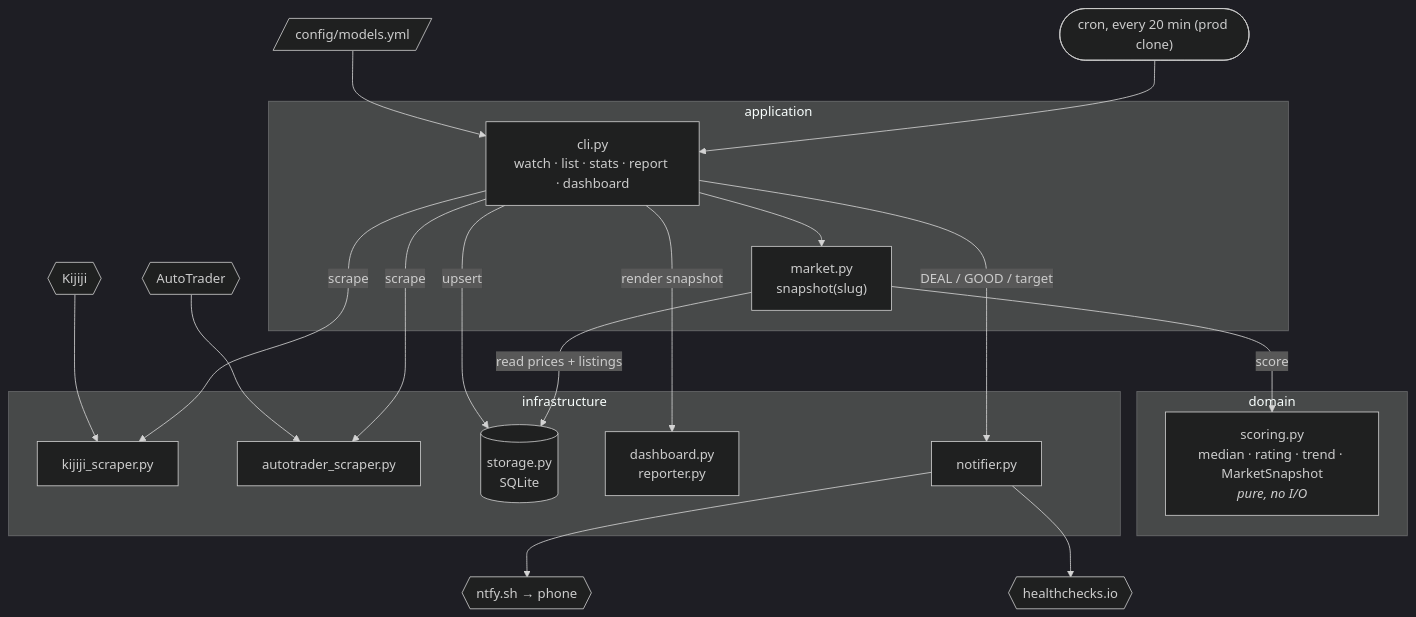
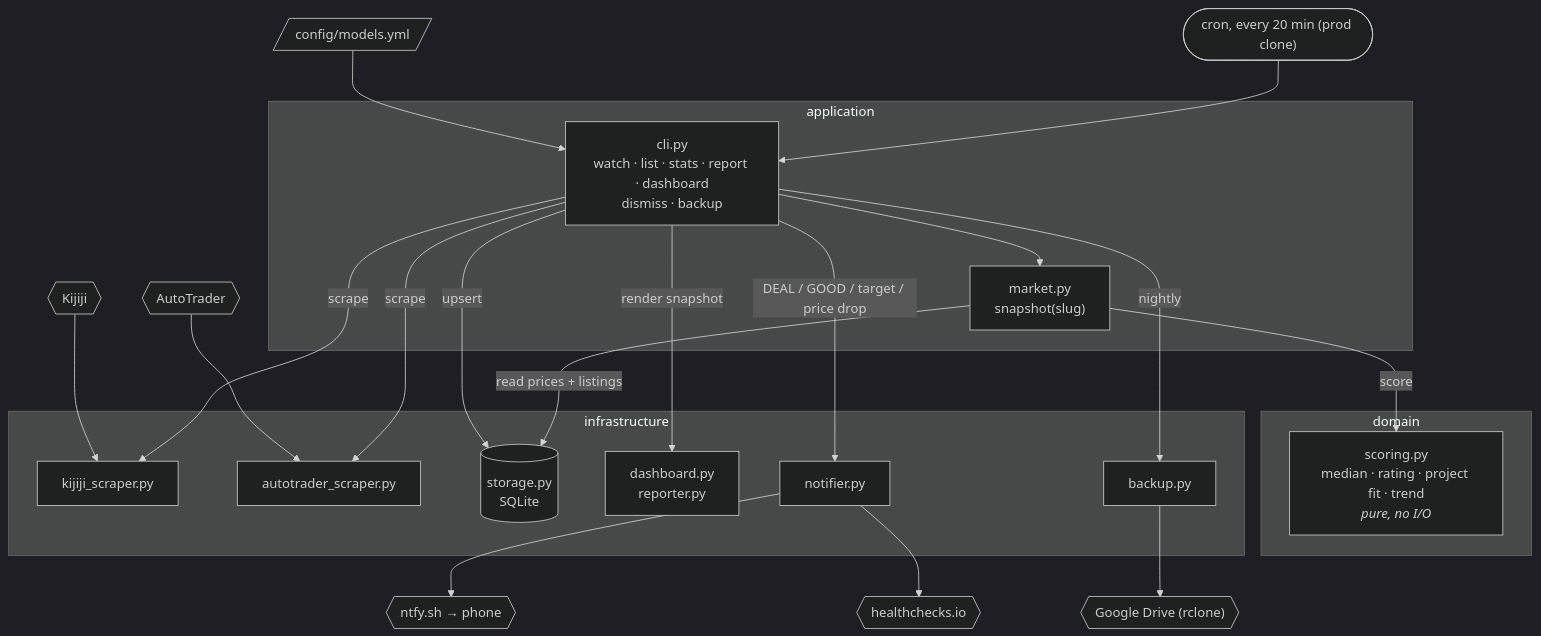
The diagram in README.md (adamkwhite/dirtbike-tracker), drawn with Mermaid (dark theme) before and after one commit. The commit also changed other lines of this file, not shown here.

First line of the commit message:
docs(readme): project-bike purpose, fit limits, new commands, backup in diagram (#73)

````diff
--- a/README.md
+++ b/README.md
@@ -9,35 +10,38 @@
 ```mermaid
 flowchart TB
     cron(["cron, every 20 min (prod clone)"]) --> cli
     config[/"config/models.yml"/] --> cli
 
     subgraph application
-        cli["cli.py<br/>watch · list · stats · report · dashboard"]
+        cli["cli.py<br/>watch · list · stats · report · dashboard<br/>dismiss · backup"]
         market["market.py<br/>snapshot(slug)"]
         cli --> market
     end
 
     subgraph domain
-        scoring["scoring.py<br/>median · rating · trend · MarketSnapshot<br/><i>pure, no I/O</i>"]
+        scoring["scoring.py<br/>median · rating · project fit · trend<br/><i>pure, no I/O</i>"]
     end
 
     subgraph infrastructure
         kij["kijiji_scraper.py"]
         at["autotrader_scraper.py"]
         storage[("storage.py<br/>SQLite")]
         render["dashboard.py<br/>reporter.py"]
         notifier["notifier.py"]
+        backup["backup.py"]
     end
 
     market -->|score| scoring
     market -->|read prices + listings| storage
     cli -->|scrape| kij & at
     cli -->|upsert| storage
     cli -->|render snapshot| render
-    cli -->|DEAL / GOOD / target| notifier
+    cli -->|DEAL / GOOD / target / price drop| notifier
 
     kijiji{{Kijiji}} --> kij
     autotrader{{AutoTrader}} --> at
     notifier --> ntfy{{"ntfy.sh → phone"}}
     notifier --> hc{{healthchecks.io}}
+    cli -->|nightly| backup
+    backup --> drive{{"Google Drive (rclone)"}}
 ```
````
